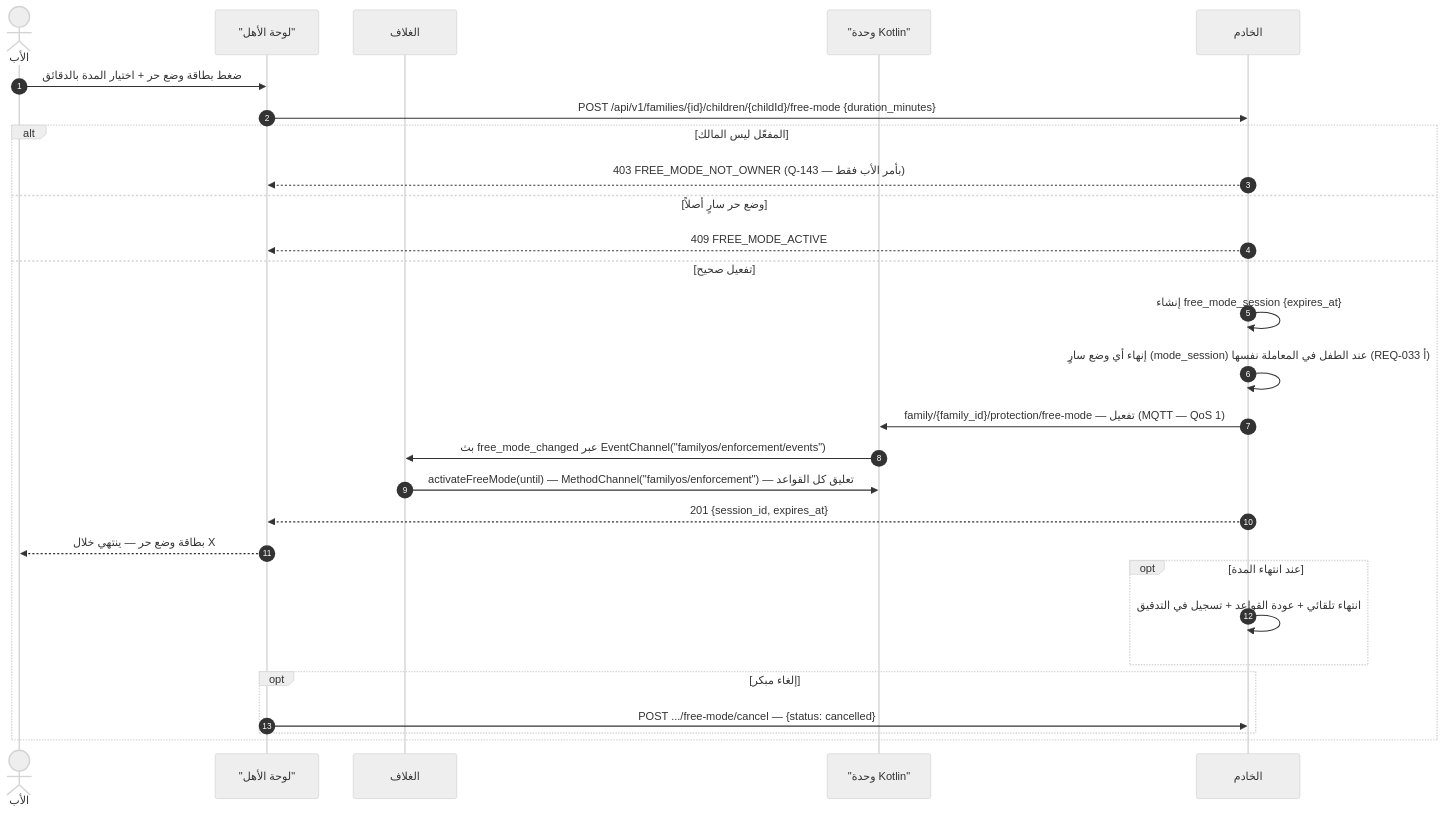
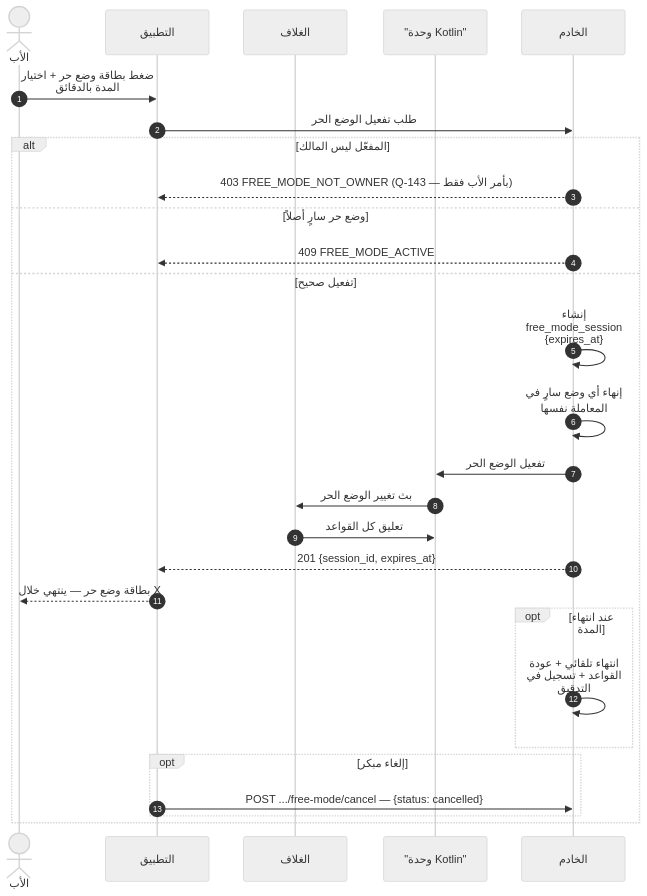
The tenth of 45 diagrams in docs/family-os/governance/phases/phase-1/S1-10-protection-and-enforcement/DIAGRAMS.md (Bassam-mohammed-alqaeadi/family-os-v2), drawn with Mermaid (neutral theme) before and after one commit. The commit also changed other lines of this file, not shown here.

````diff
--- a/docs/family-os/governance/phases/phase-1/S1-10-protection-and-enforcement/DIAGRAMS.md
+++ b/docs/family-os/governance/phases/phase-1/S1-10-protection-and-enforcement/DIAGRAMS.md
@@ -530,30 +555,31 @@
 ```mermaid
+%%{init: {"sequence": {"wrap": true}}}%%
 sequenceDiagram
     autonumber
     actor Father as الأب
-    participant Flutter as "لوحة الأهل"
+    participant App as التطبيق
     participant Shell as الغلاف
     participant K as "وحدة Kotlin"
     participant Ktor as الخادم
-    Father->>Flutter: ضغط بطاقة وضع حر + اختيار المدة بالدقائق
-    Flutter->>Ktor: POST /api/v1/families/{id}/children/{childId}/free-mode {duration_minutes}
+    Father->>App: ضغط بطاقة وضع حر + اختيار المدة بالدقائق
+    App->>Ktor: طلب تفعيل الوضع الحر
     alt المفعّل ليس المالك
-        Ktor-->>Flutter: 403 FREE_MODE_NOT_OWNER (Q-143 — بأمر الأب فقط)
+        Ktor-->>App: 403 FREE_MODE_NOT_OWNER (Q-143 — بأمر الأب فقط)
     else وضع حر سارٍ أصلاً
-        Ktor-->>Flutter: 409 FREE_MODE_ACTIVE
+        Ktor-->>App: 409 FREE_MODE_ACTIVE
     else تفعيل صحيح
         Ktor->>Ktor: إنشاء free_mode_session {expires_at}
-        Ktor->>Ktor: إنهاء أي وضع سارٍ (mode_session) عند الطفل في المعاملة نفسها (REQ-033 أ)
-        Ktor->>K: family/{family_id}/protection/free-mode — تفعيل (MQTT — QoS 1)
-        K->>Shell: بث free_mode_changed عبر EventChannel("familyos/enforcement/events")
-        Shell->>K: activateFreeMode(until) — MethodChannel("familyos/enforcement") — تعليق كل القواعد
-        Ktor-->>Flutter: 201 {session_id, expires_at}
-        Flutter-->>Father: بطاقة وضع حر — ينتهي خلال X
+        Ktor->>Ktor: إنهاء أي وضع سارٍ في المعاملة نفسها
+        Ktor->>K: تفعيل الوضع الحر
+        K->>Shell: بث تغيير الوضع الحر
+        Shell->>K: تعليق كل القواعد
+        Ktor-->>App: 201 {session_id, expires_at}
+        App-->>Father: بطاقة وضع حر — ينتهي خلال X
         opt عند انتهاء المدة
             Ktor->>Ktor: انتهاء تلقائي + عودة القواعد + تسجيل في التدقيق
         end
         opt إلغاء مبكر
-            Flutter->>Ktor: POST .../free-mode/cancel — {status: cancelled}
+            App->>Ktor: POST .../free-mode/cancel — {status: cancelled}
         end
     end
 ```
````
